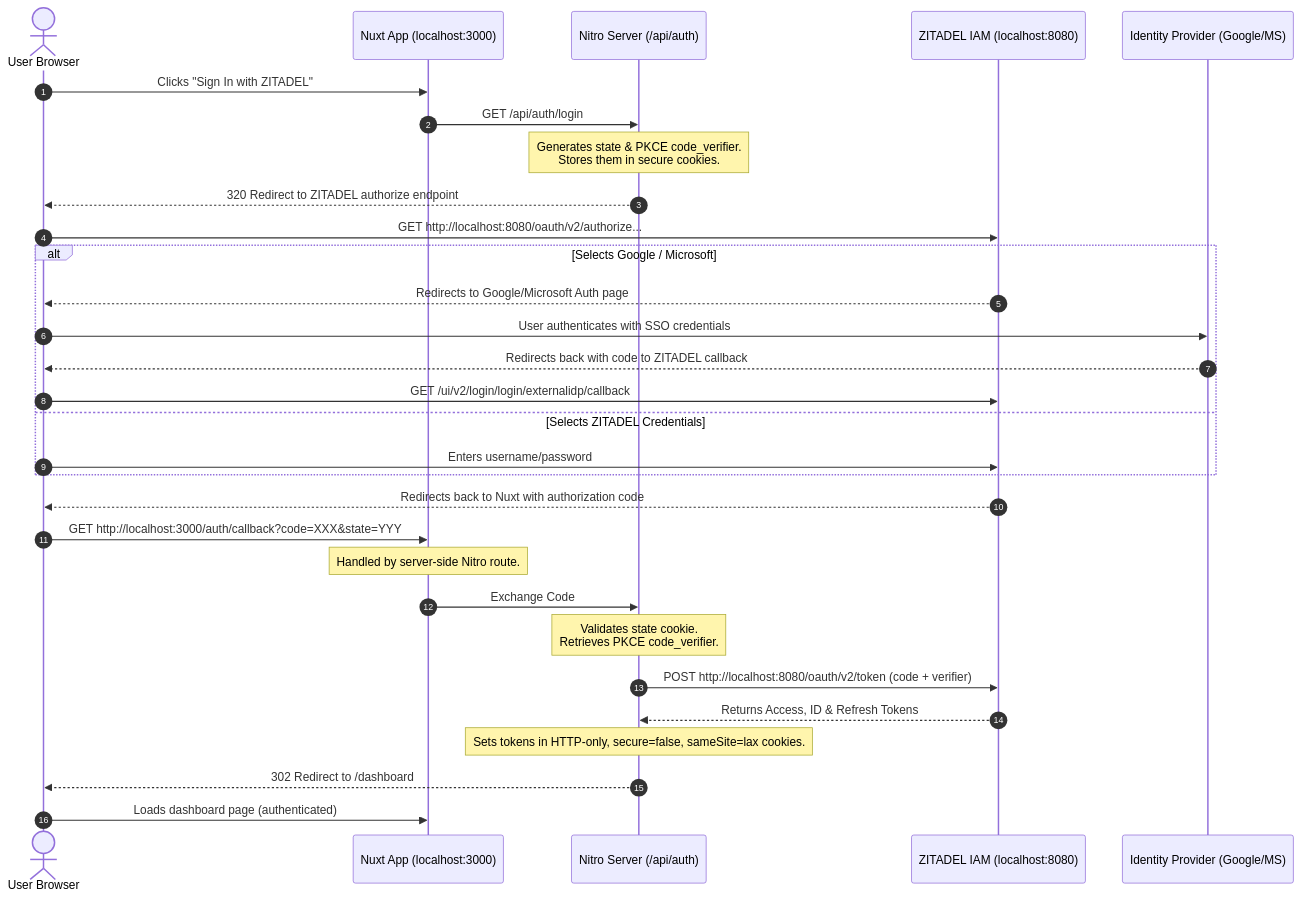
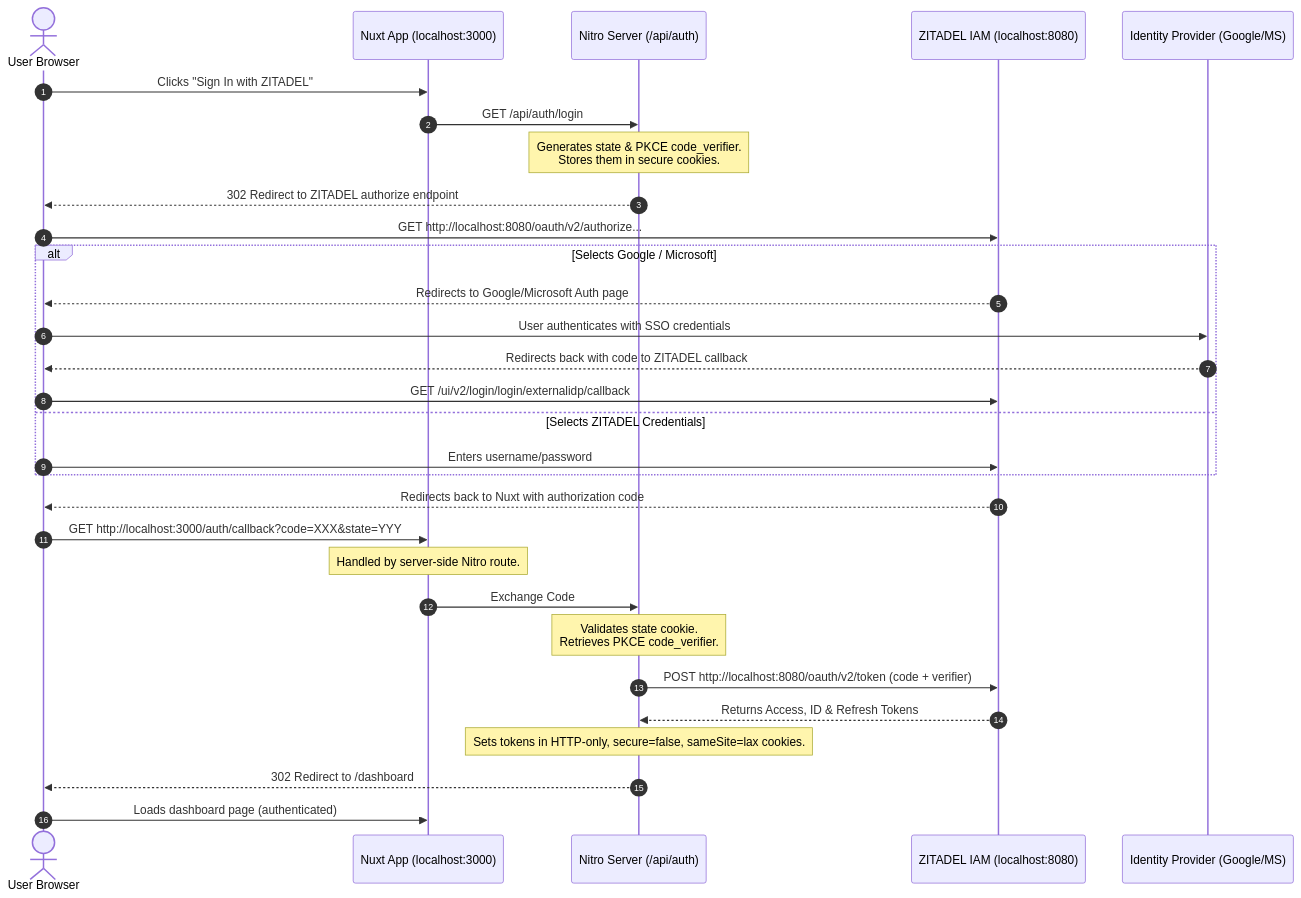
The diagram in README.md (Jenson073/LedgerFlow_UI), drawn with Mermaid before and after one commit. The commit also changed other lines of this file, not shown here.

````diff
--- a/README.md
+++ b/README.md
@@ -105,35 +99,35 @@
 ```mermaid
 sequenceDiagram
     autonumber
     actor User as User Browser
     participant Nuxt as Nuxt App (localhost:3000)
     participant Nitro as Nitro Server (/api/auth)
     participant Zitadel as ZITADEL IAM (localhost:8080)
     participant IDP as Identity Provider (Google/MS)
 
     User->>Nuxt: Clicks "Sign In with ZITADEL"
     Nuxt->>Nitro: GET /api/auth/login
     Note over Nitro: Generates state & PKCE code_verifier.<br/>Stores them in secure cookies.
-    Nitro-->>User: 320 Redirect to ZITADEL authorize endpoint
+    Nitro-->>User: 302 Redirect to ZITADEL authorize endpoint
     User->>Zitadel: GET http://localhost:8080/oauth/v2/authorize...
     
     alt Selects Google / Microsoft
         Zitadel-->>User: Redirects to Google/Microsoft Auth page
         User->>IDP: User authenticates with SSO credentials
         IDP-->>User: Redirects back with code to ZITADEL callback
         User->>Zitadel: GET /ui/v2/login/login/externalidp/callback
     else Selects ZITADEL Credentials
         User->>Zitadel: Enters username/password
     end
     
     Zitadel-->>User: Redirects back to Nuxt with authorization code
     User->>Nuxt: GET http://localhost:3000/auth/callback?code=XXX&state=YYY
     Note over Nuxt: Handled by server-side Nitro route.
     Nuxt->>Nitro: Exchange Code
     Note over Nitro: Validates state cookie.<br/>Retrieves PKCE code_verifier.
     Nitro->>Zitadel: POST http://localhost:8080/oauth/v2/token (code + verifier)
     Zitadel-->>Nitro: Returns Access, ID & Refresh Tokens
     Note over Nitro: Sets tokens in HTTP-only, secure=false, sameSite=lax cookies.
     Nitro-->>User: 302 Redirect to /dashboard
     User->>Nuxt: Loads dashboard page (authenticated)
 ```
````
